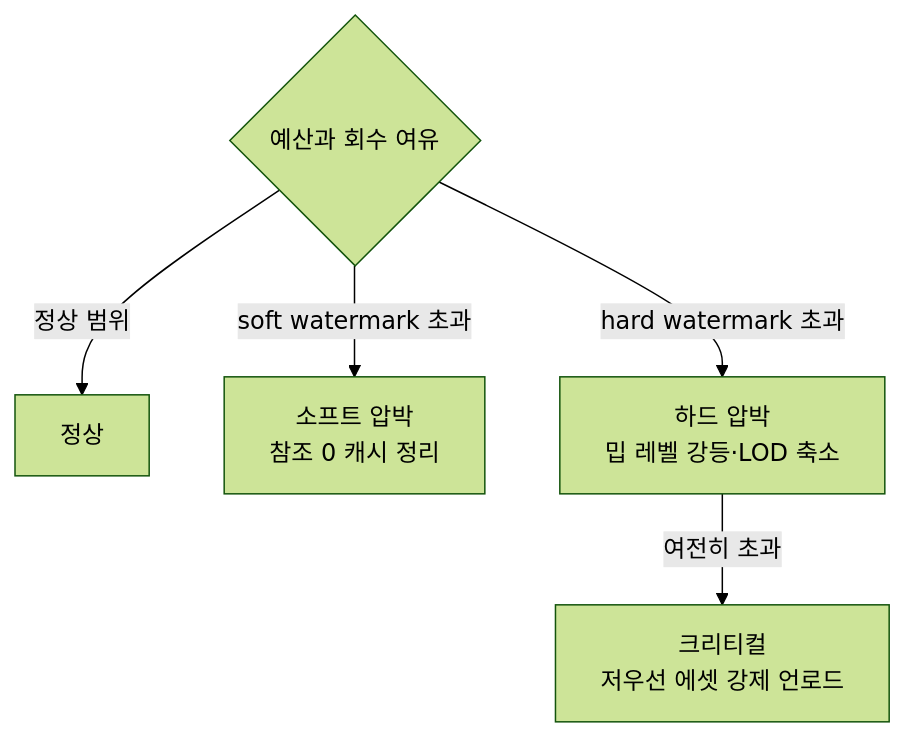
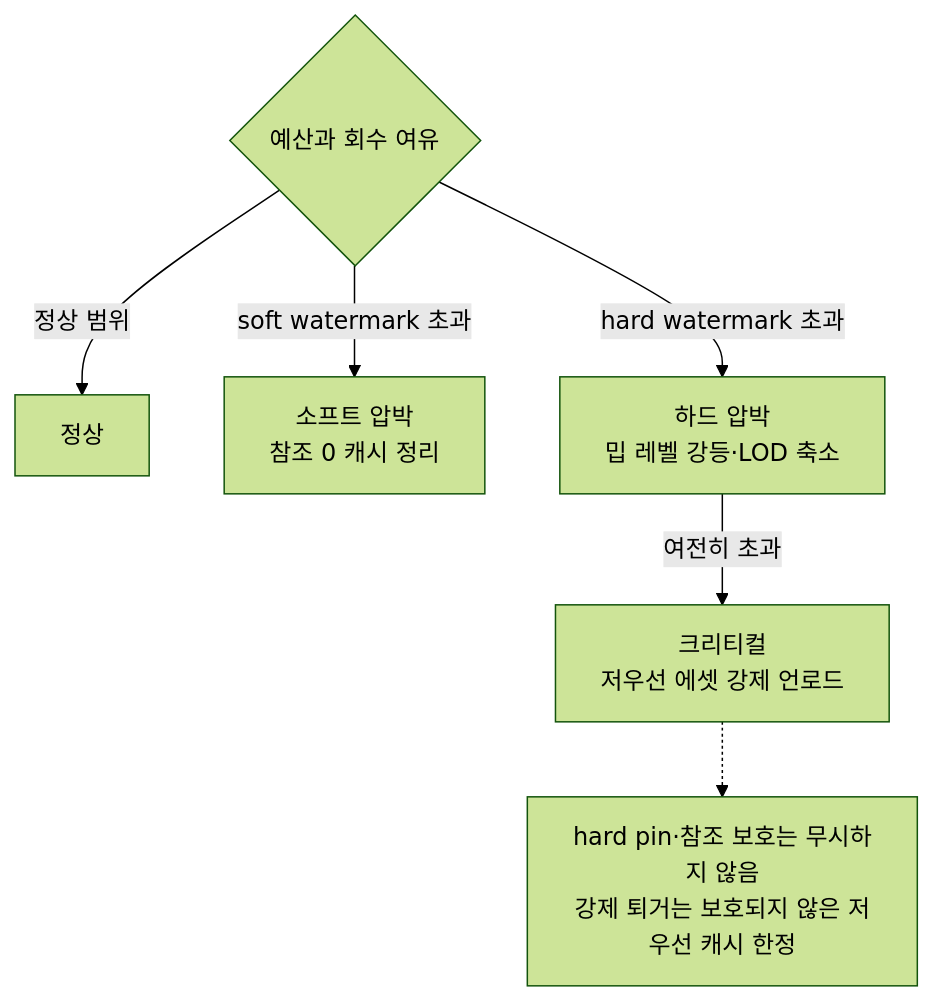
The fourth of 5 diagrams in engine/part05_resource.md (Rein-ArXiv/game-dev-curriculum), drawn with Mermaid (forest theme) before and after one commit. The commit also changed other lines of this file and 279 other files, not shown here.

````diff
--- a/engine/part05_resource.md
+++ b/engine/part05_resource.md
@@ -387,7 +410,7 @@
 ```mermaid
 flowchart TB
     Check{예산과 회수 여유} -->|정상 범위| Normal[정상]
     Check -->|soft watermark 초과| Soft[소프트 압박<br/>참조 0 캐시 정리]
     Check -->|hard watermark 초과| Hard[하드 압박<br/>밉 레벨 강등·LOD 축소]
-    Hard -->|여전히 초과| Crit[크리티컬<br/>저우선 에셋 강제 언로드]
+    Hard -->|여전히 초과| Crit[크리티컬<br/>저우선 에셋 강제 언로드]; Crit -.-> PinNote[hard pin·참조 보호는 무시하지 않음<br/>강제 퇴거는 보호되지 않은 저우선 캐시 한정]
 ```
````
